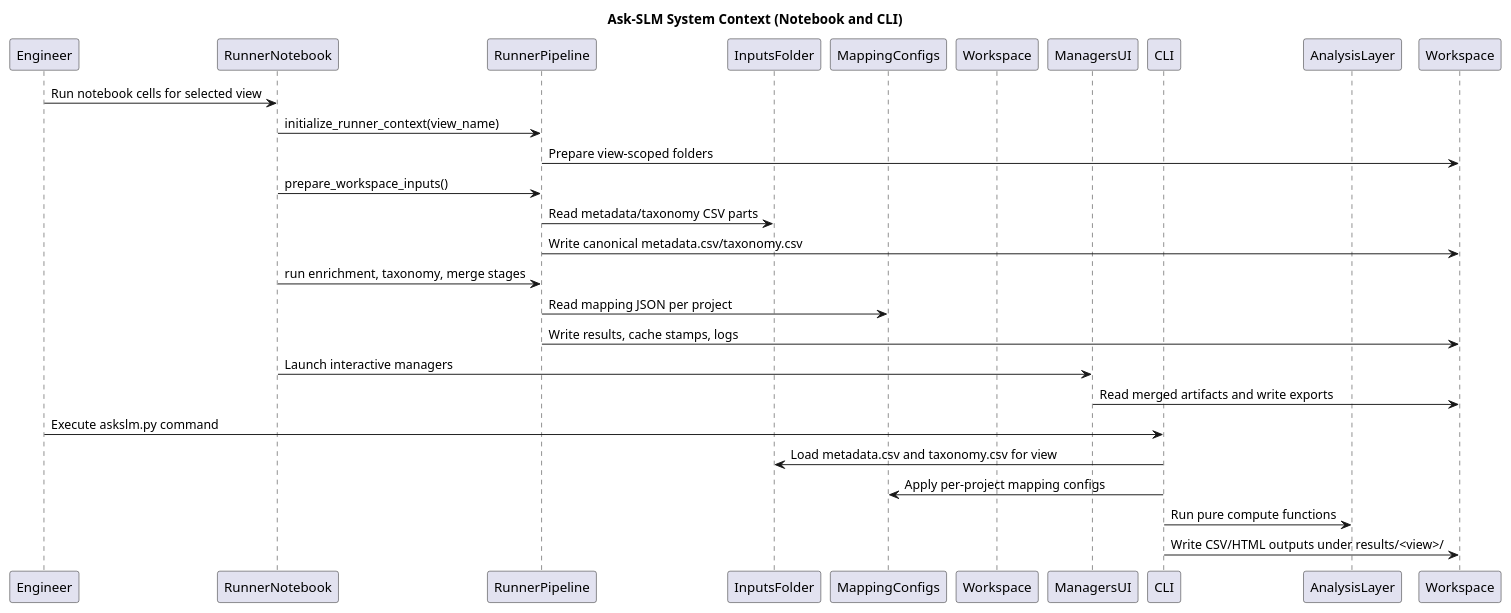
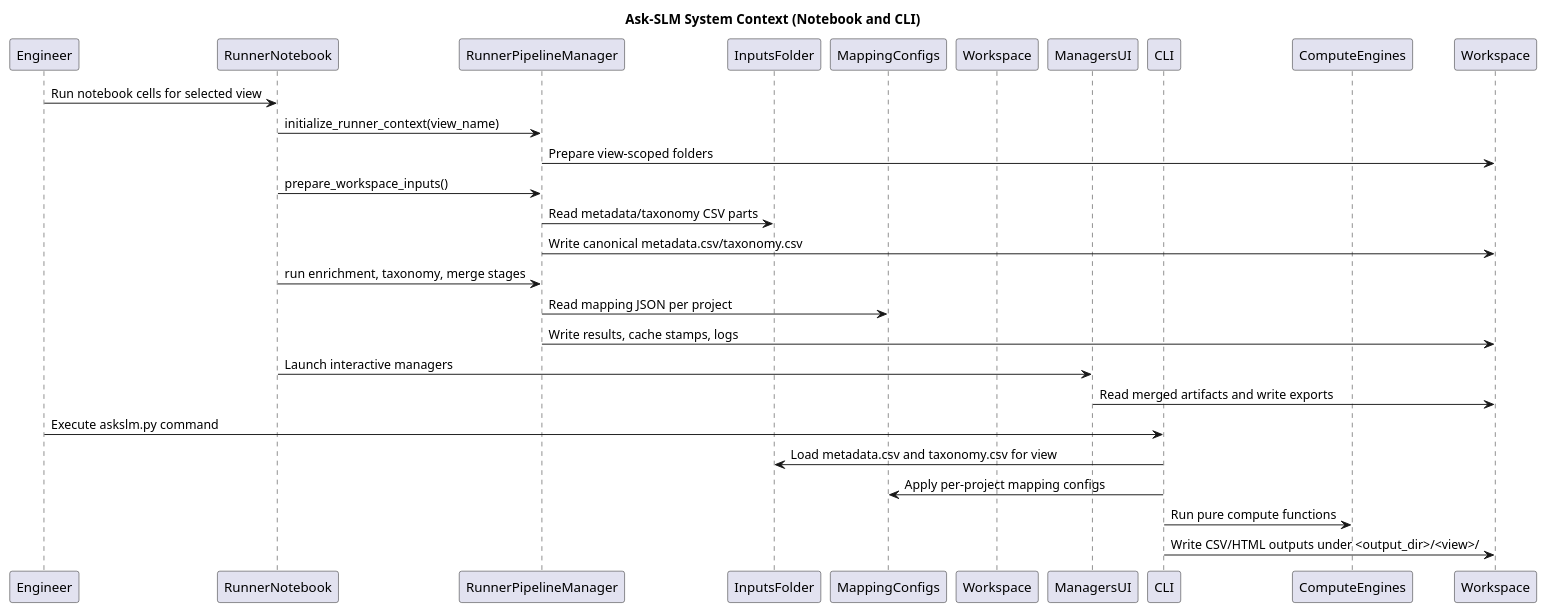
One commit to YPinto-Lab/cohort-query changed the diagram in Docs/product-documentation/sequence-diagrams/00-system-context.wsd. Above: the diagram before and after it, drawn with PlantUML. The commit also changed 6 other files, not shown here.

First line of the commit message:
docs(architecture): sync diagrams with manager/engine migration

```diff
--- a/Docs/product-documentation/sequence-diagrams/00-system-context.wsd
+++ b/Docs/product-documentation/sequence-diagrams/00-system-context.wsd
@@ -1,29 +1,29 @@
 title Ask-SLM System Context (Notebook and CLI)
 
 participant Engineer
 participant RunnerNotebook as Notebook
-participant RunnerPipeline as Workflow
+participant RunnerPipelineManager as Workflow
 participant InputsFolder as Inputs
 participant MappingConfigs as Configs
 participant Workspace as Workspaces
 participant ManagersUI as Managers
 participant CLI
-participant AnalysisLayer as Analysis
+participant ComputeEngines as Analysis
 
 Engineer->Notebook: Run notebook cells for selected view
 Notebook->Workflow: initialize_runner_context(view_name)
 Workflow->Workspace: Prepare view-scoped folders
 Notebook->Workflow: prepare_workspace_inputs()
 Workflow->Inputs: Read metadata/taxonomy CSV parts
 Workflow->Workspace: Write canonical metadata.csv/taxonomy.csv
 Notebook->Workflow: run enrichment, taxonomy, merge stages
 Workflow->Configs: Read mapping JSON per project
 Workflow->Workspace: Write results, cache stamps, logs
 Notebook->Managers: Launch interactive managers
 Managers->Workspace: Read merged artifacts and write exports
 
 Engineer->CLI: Execute askslm.py command
 CLI->Inputs: Load metadata.csv and taxonomy.csv for view
 CLI->Configs: Apply per-project mapping configs
 CLI->Analysis: Run pure compute functions
-CLI->Workspace: Write CSV/HTML outputs under results/<view>/
+CLI->Workspace: Write CSV/HTML outputs under <output_dir>/<view>/
```
